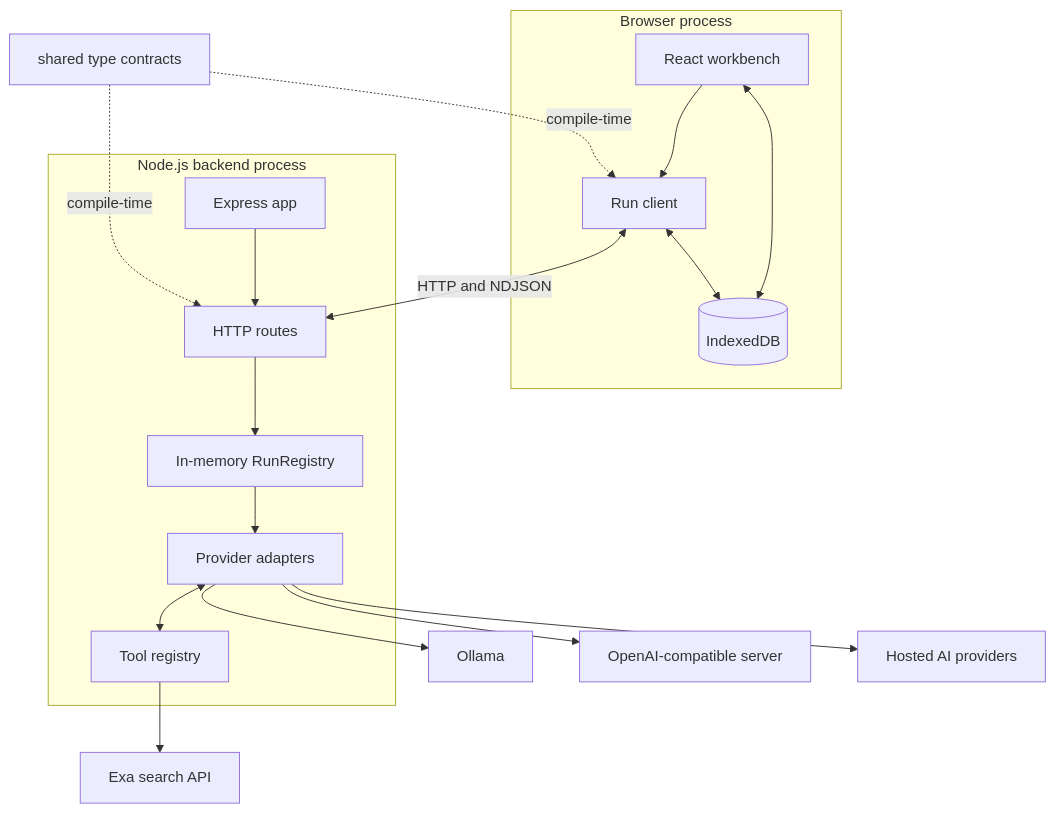
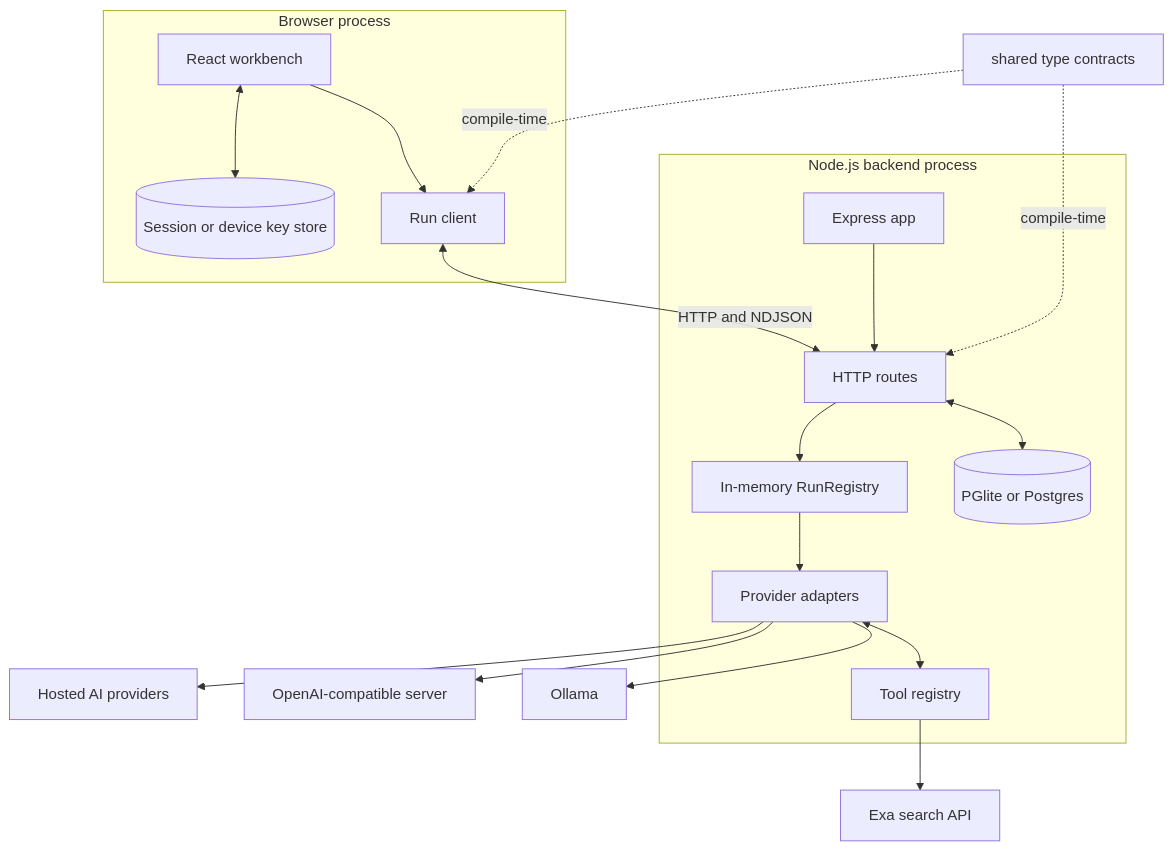
Before and after one commit to sanketmuchhala/Nerdplexity: the first of 5 diagrams in backend/docs/architecture.md, drawn with Mermaid. The commit also changed other lines of this file and 28 other files, not shown here.

````diff
--- a/backend/docs/architecture.md
+++ b/backend/docs/architecture.md
@@ -15,32 +15,33 @@
 ```mermaid
 flowchart TB
     subgraph Browser[Browser process]
         UI[React workbench]
         Client[Run client]
-        IDB[(IndexedDB)]
+        Keys[(Session or device key store)]
         UI --> Client
-        UI <--> IDB
-        Client <--> IDB
+        UI <--> Keys
     end
 
     subgraph Server[Node.js backend process]
         Express[Express app]
         Routes[HTTP routes]
         Registry[In-memory RunRegistry]
+        DB[(PGlite or Postgres)]
         Adapters[Provider adapters]
         Tools[Tool registry]
         Express --> Routes
+        Routes <--> DB
         Routes --> Registry
         Registry --> Adapters
         Adapters <--> Tools
     end
 
     Client <-->|HTTP and NDJSON| Routes
     Adapters --> Ollama[Ollama]
     Adapters --> Compatible[OpenAI-compatible server]
     Adapters --> Hosted[Hosted AI providers]
     Tools --> Exa[Exa search API]
 
     Shared[shared type contracts] -. compile-time .-> Client
     Shared -. compile-time .-> Routes
 ```
````
